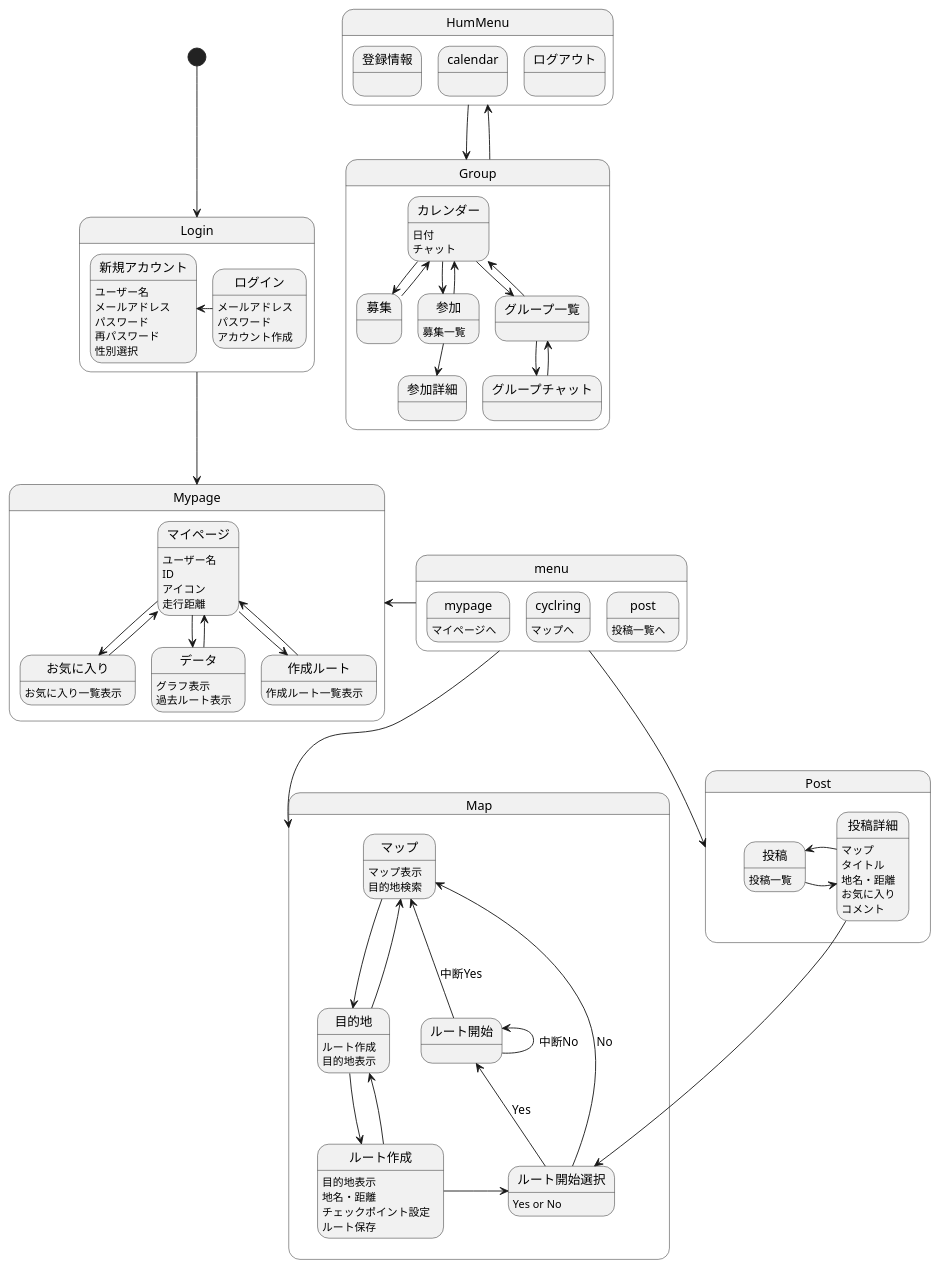
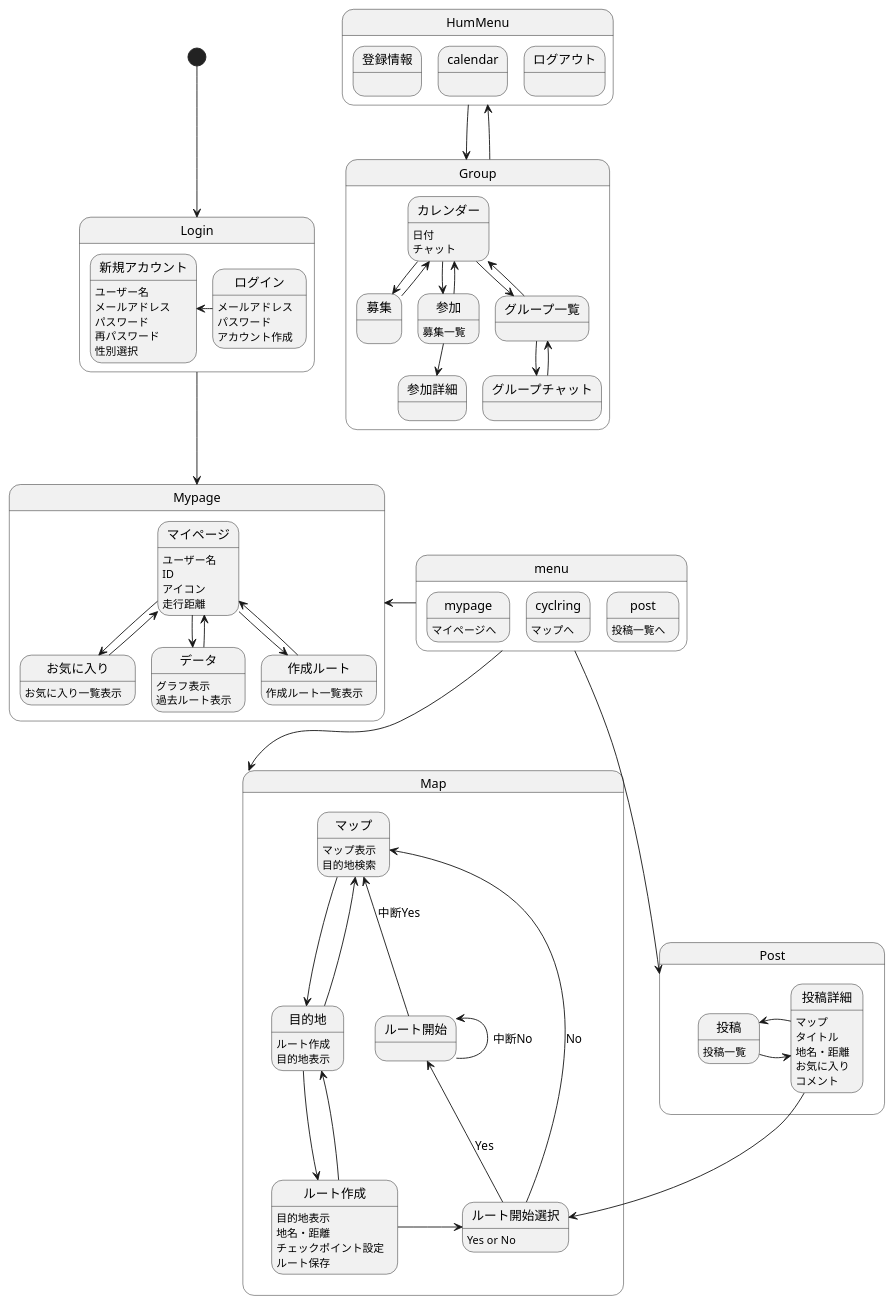
One commit to AsoSD3A3/CyclingSystem changed the diagram in 画面遷移図/gm.md. Above: the diagram before and after it, drawn with PlantUML.

````diff
--- a/画面遷移図/gm.md
+++ b/画面遷移図/gm.md
@@ -105,7 +105,7 @@
 ルート開始-up->マップ :中断Yes
 }
 
-投稿詳細-right->ルート開始選択
+投稿詳細-->ルート開始選択
 
 @enduml
 ```
````
